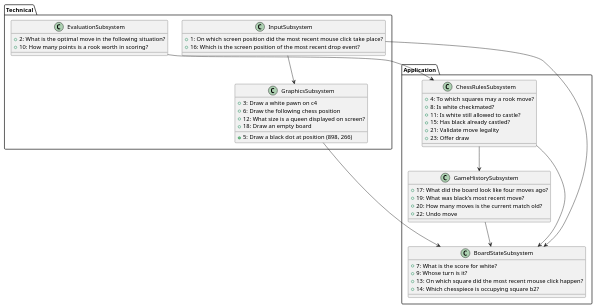
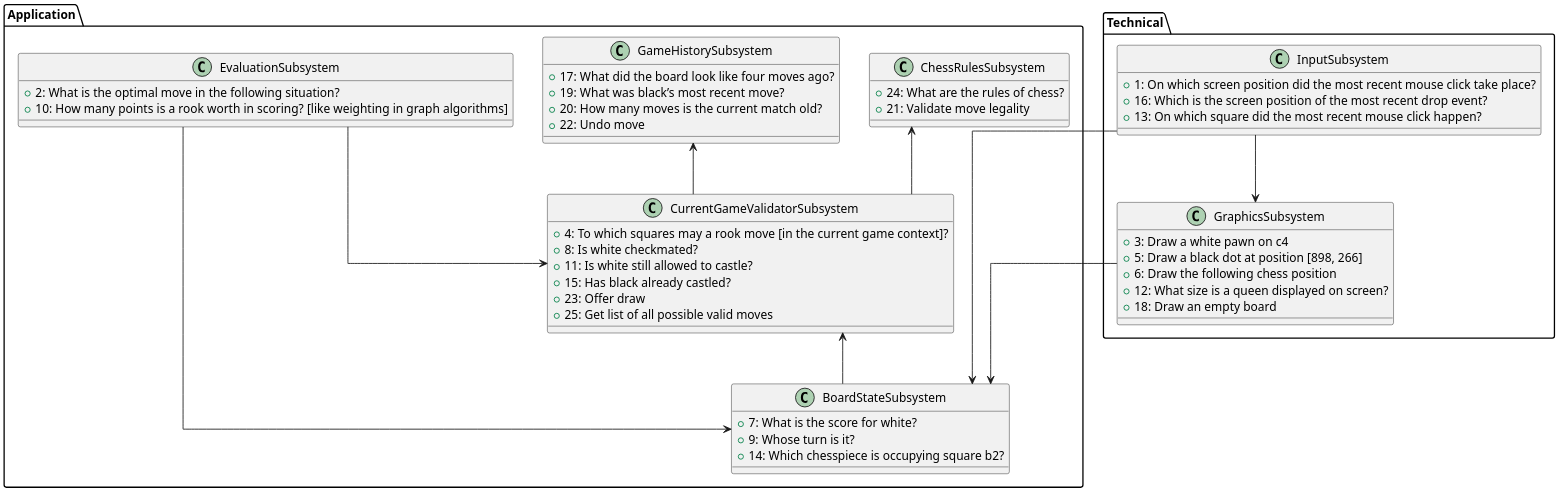
One commit to skyler544/chess-architecture changed the diagram in chess.plantuml. Above: the diagram before and after it, drawn with PlantUML.

Commit message:
"finished"

```diff
--- a/chess.plantuml
+++ b/chess.plantuml
@@ -1,54 +1,62 @@
 @startuml
+skinparam linetype ortho
+skinparam dpi 200
+
 package Application {
-    class ChessRulesSubsystem {
-        +4: To which squares may a rook move?
-        +8: Is white checkmated?
-        +11: Is white still allowed to castle?
-        +15: Has black already castled?
-        +21: Validate move legality
-        +23: Offer draw
-    }
+        class ChessRulesSubsystem {
+                +24: What are the rules of chess?
+                +21: Validate move legality
+        }
 
-    class GameHistorySubsystem {
-        +17: What did the board look like four moves ago?
-        +19: What was black’s most recent move?
-        +20: How many moves is the current match old?
-        +22: Undo move
-    }
+        class CurrentGameValidatorSubsystem {
+                +4: To which squares may a rook move [in the current game context]?
+                +8: Is white checkmated?
+                +11: Is white still allowed to castle?
+                +15: Has black already castled?
+                +23: Offer draw
+                +25: Get list of all possible valid moves
+        }
+        
+        class GameHistorySubsystem {
+                +17: What did the board look like four moves ago?
+                +19: What was black’s most recent move?
+                +20: How many moves is the current match old?
+                +22: Undo move
+        }
 
-    class BoardStateSubsystem {
-        +7: What is the score for white?
-        +9: Whose turn is it?
-        +13: On which square did the most recent mouse click happen?
-        +14: Which chesspiece is occupying square b2?
-    }
+        class BoardStateSubsystem {
+                +7: What is the score for white?
+                +9: Whose turn is it?
+                +14: Which chesspiece is occupying square b2?
+        }
+        class EvaluationSubsystem {
+                +2: What is the optimal move in the following situation?
+                +10: How many points is a rook worth in scoring? [like weighting in graph algorithms]
+        }
 }
 
 package Technical {
-    class InputSubsystem {
-        +1: On which screen position did the most recent mouse click take place?
-        +16: Which is the screen position of the most recent drop event?
-    }
+        class InputSubsystem {
+                +1: On which screen position did the most recent mouse click take place?
+                +16: Which is the screen position of the most recent drop event?
+                +13: On which square did the most recent mouse click happen?
+        }
 
-    class GraphicsSubsystem {
-        +3: Draw a white pawn on c4
-        +5: Draw a black dot at position (898, 266)
-        +6: Draw the following chess position
-        +12: What size is a queen displayed on screen?
-        +18: Draw an empty board
-    }
-
-    class EvaluationSubsystem {
-        +2: What is the optimal move in the following situation?
-        +10: How many points is a rook worth in scoring?
-    }
+        class GraphicsSubsystem {
+                +3: Draw a white pawn on c4
+                +5: Draw a black dot at position [898, 266]
+                +6: Draw the following chess position
+                +12: What size is a queen displayed on screen?
+                +18: Draw an empty board
+        }
 }
 
-ChessRulesSubsystem --> BoardStateSubsystem
-ChessRulesSubsystem --> GameHistorySubsystem
-GameHistorySubsystem --> BoardStateSubsystem
+ChessRulesSubsystem <-- CurrentGameValidatorSubsystem
+CurrentGameValidatorSubsystem <-- BoardStateSubsystem
+GameHistorySubsystem <-- CurrentGameValidatorSubsystem
 InputSubsystem --> BoardStateSubsystem
 InputSubsystem --> GraphicsSubsystem
 GraphicsSubsystem --> BoardStateSubsystem
-EvaluationSubsystem --> ChessRulesSubsystem
+EvaluationSubsystem --> CurrentGameValidatorSubsystem
+EvaluationSubsystem --> BoardStateSubsystem
 @enduml
```
